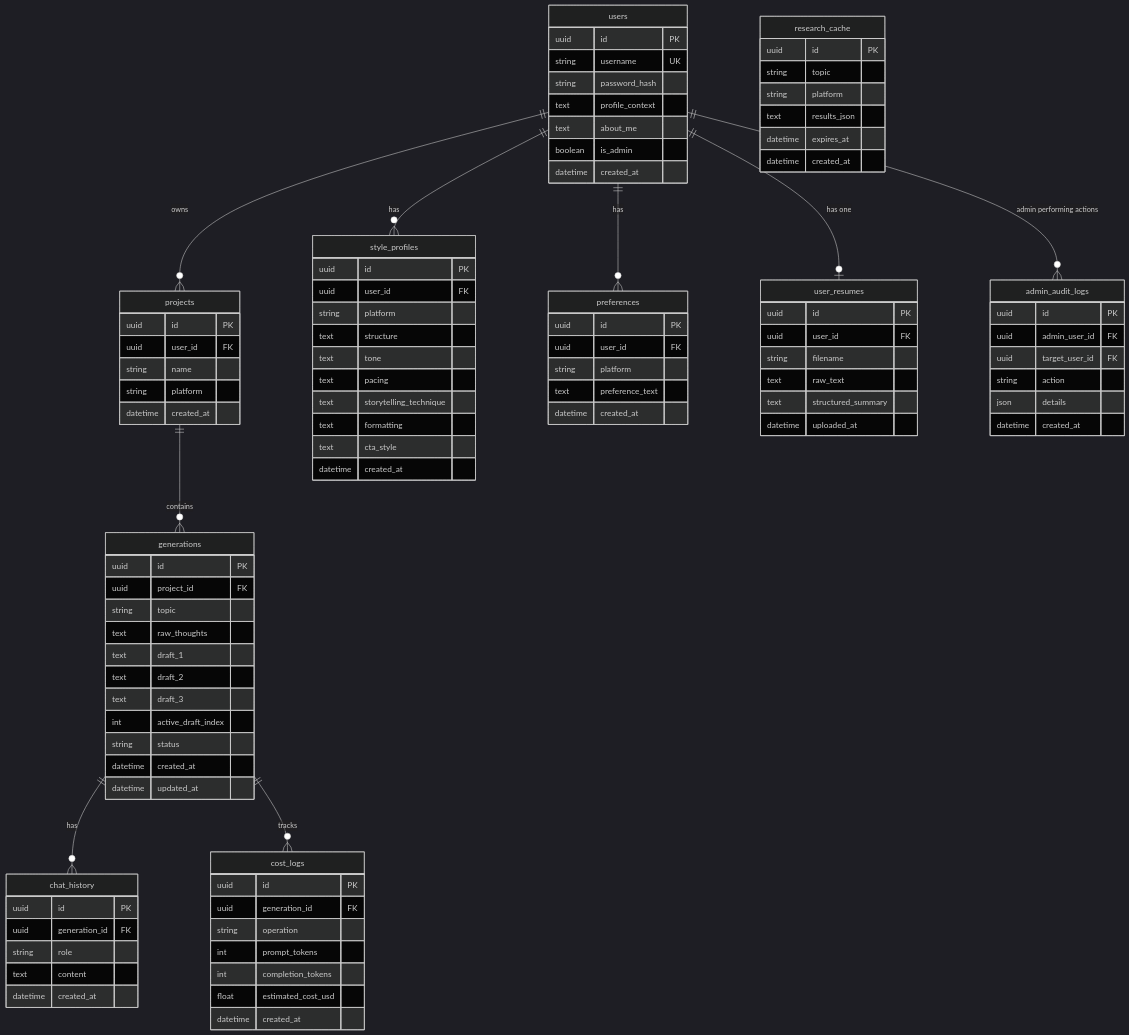
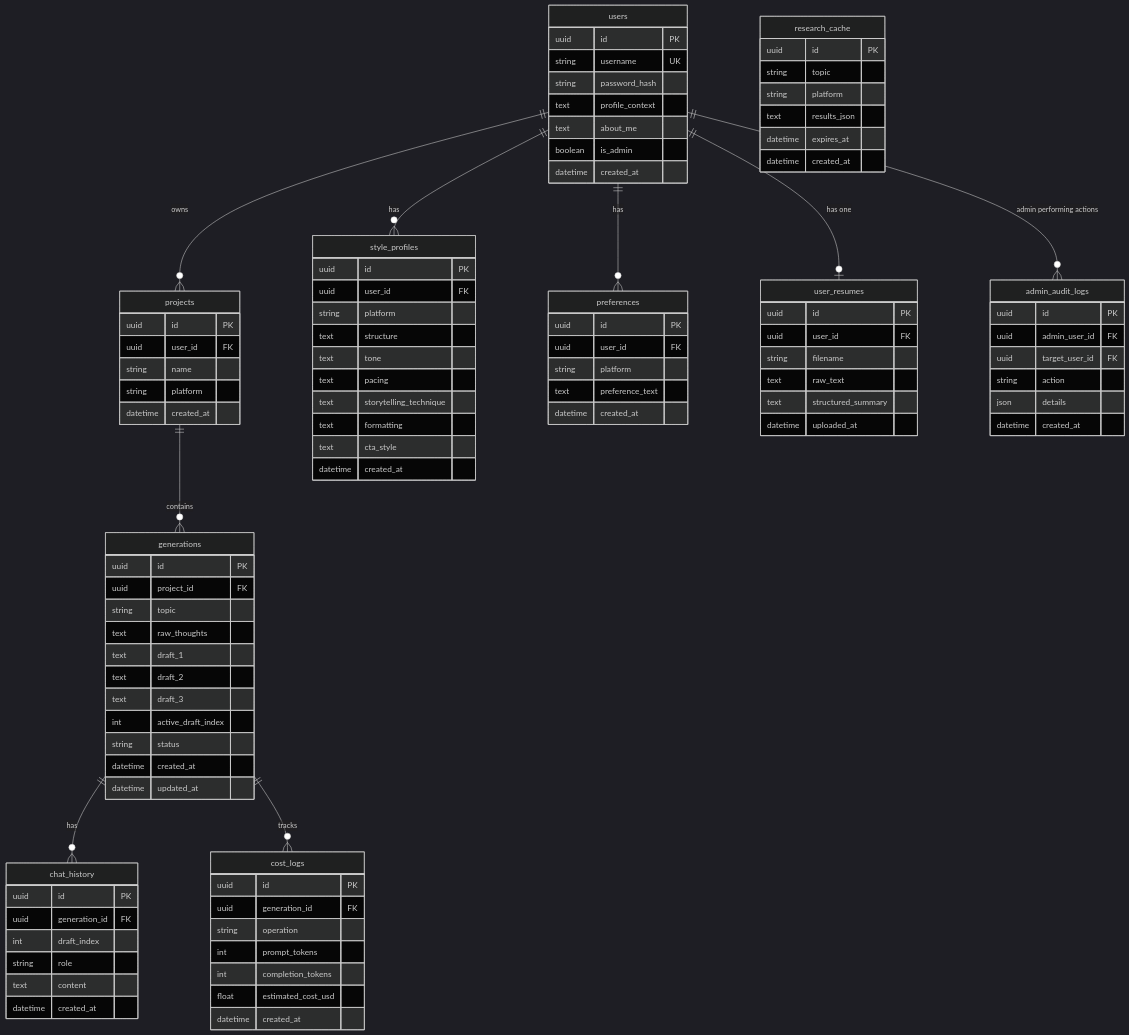
The sixth of 6 diagrams in PROJECT_MASTERY_GUIDE.md (xShikhar/PostCraft-AI), drawn with Mermaid (dark theme) before and after one commit. The commit also changed other lines of this file and 2 other files, not shown here.

```diff
--- a/PROJECT_MASTERY_GUIDE.md
+++ b/PROJECT_MASTERY_GUIDE.md
@@ -1121,6 +1121,7 @@
     chat_history {
         uuid id PK
         uuid generation_id FK
+        int draft_index
         string role
         text content
         datetime created_at
```
